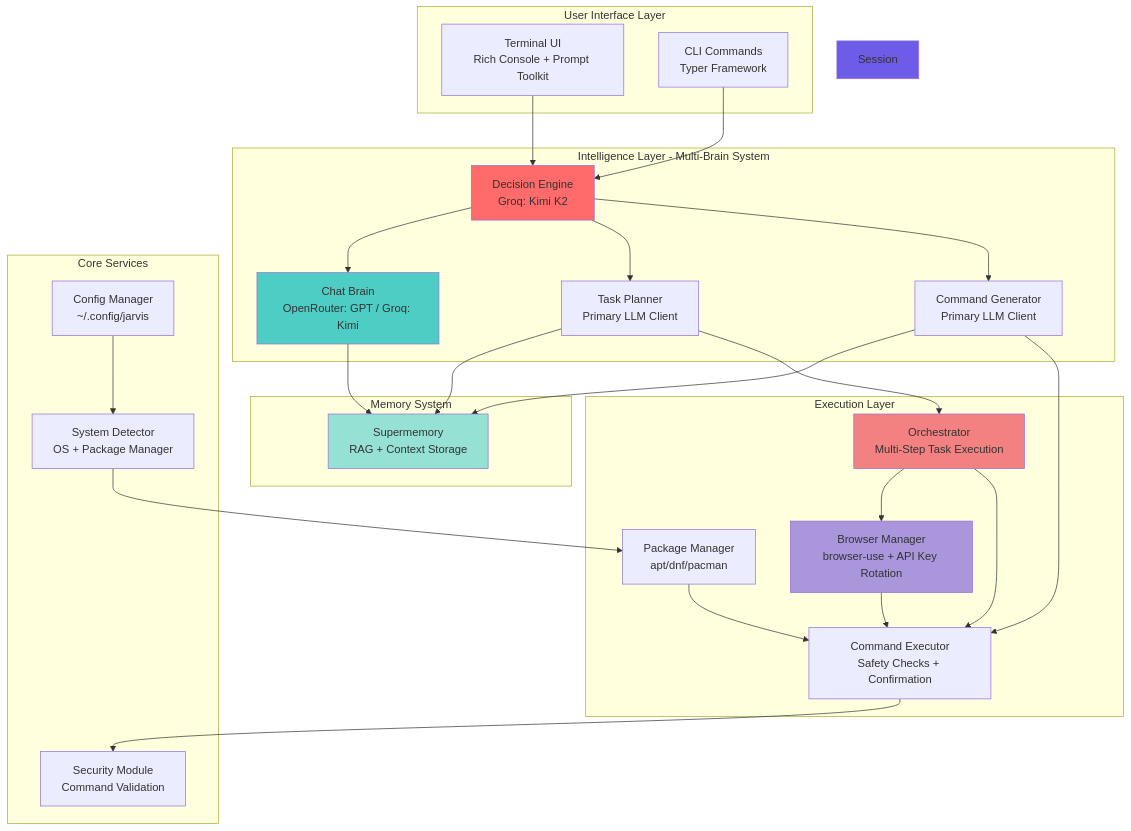
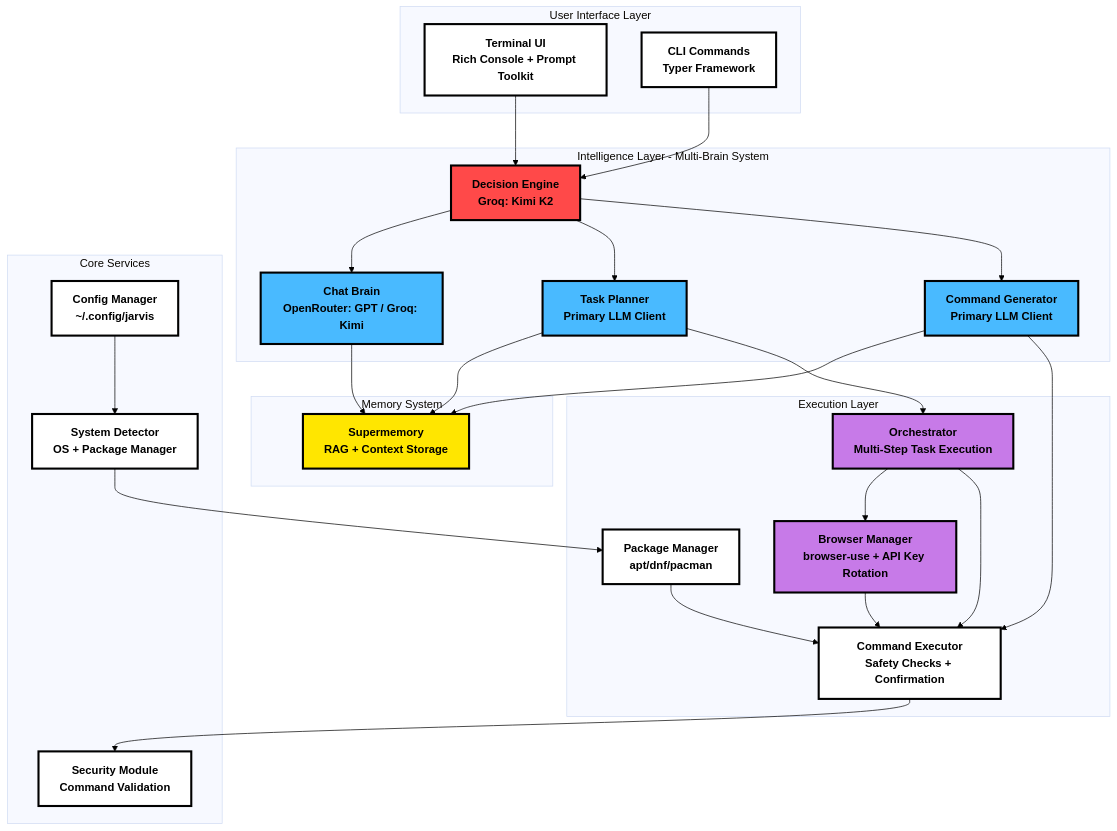
The first of 6 diagrams in README.md (Garvit1000/nexus), drawn with Mermaid before and after one commit. The commit also changed other lines of this file and 3 other files, not shown here.

````diff
--- a/README.md
+++ b/README.md
@@ -18,61 +18,61 @@
 ```mermaid
+%%{init: {"theme": "base", "themeVariables": {"fontFamily": "monospace", "lineColor": "#000"}}}%%
 graph TB
+    classDef default fill:#fff,stroke:#000,stroke-width:3px,color:#000,font-weight:bold;
+    classDef highlight fill:#ffe600,stroke:#000,stroke-width:3px,color:#000,font-weight:bold;
+    classDef secondary fill:#ff4949,stroke:#000,stroke-width:3px,color:#000,font-weight:bold;
+    classDef tertiary fill:#49baff,stroke:#000,stroke-width:3px,color:#000,font-weight:bold;
+    classDef purple fill:#c77ae8,stroke:#000,stroke-width:3px,color:#000,font-weight:bold;
     subgraph "User Interface Layer"
         TUI[Terminal UI<br/>Rich Console + Prompt Toolkit]
         CLI[CLI Commands<br/>Typer Framework]
     end
-    
+
     subgraph "Intelligence Layer - Multi-Brain System"
-        Router[Decision Engine<br/>Groq: Kimi K2]
-        Chat[Chat Brain<br/>OpenRouter: GPT / Groq: Kimi]
-        Planner[Task Planner<br/>Primary LLM Client]
-        CmdGen[Command Generator<br/>Primary LLM Client]
+        Router[Decision Engine<br/>Groq: Kimi K2]:::secondary
+        Chat[Chat Brain<br/>OpenRouter: GPT / Groq: Kimi]:::tertiary
+        Planner[Task Planner<br/>Primary LLM Client]:::tertiary
+        CmdGen[Command Generator<br/>Primary LLM Client]:::tertiary
     end
-    
+
     subgraph "Memory System"
-        Memory[Supermemory<br/>RAG + Context Storage]
+        Memory[Supermemory<br/>RAG + Context Storage]:::highlight
     end
-    
+
     subgraph "Execution Layer"
-        Orchestrator[Orchestrator<br/>Multi-Step Task Execution]
+        Orchestrator[Orchestrator<br/>Multi-Step Task Execution]:::purple
         Executor[Command Executor<br/>Safety Checks + Confirmation]
-        Browser[Browser Manager<br/>browser-use + API Key Rotation]
+        Browser[Browser Manager<br/>browser-use + API Key Rotation]:::purple
         Package[Package Manager<br/>apt/dnf/pacman]
     end
-    
+
     subgraph "Core Services"
         Config[Config Manager<br/>~/.config/jarvis]
         System[System Detector<br/>OS + Package Manager]
         Security[Security Module<br/>Command Validation]
     end
-    
+
     TUI --> Router
     CLI --> Router
     Router --> Chat
     Router --> Planner
     Router --> CmdGen
-    
+
     Chat --> Memory
     Planner --> Memory
     CmdGen --> Memory
-    
+
     Planner --> Orchestrator
     CmdGen --> Executor
-    
+
     Orchestrator --> Browser
     Orchestrator --> Executor
-    
+
     Executor --> Security
     Browser --> Executor
     Package --> Executor
-    
+
     Config --> System
     System --> Package
-    
-    style Router fill:#ff6b6b
-    style Chat fill:#4ecdc4
-    style Memory fill:#95e1d3
-    style Orchestrator fill:#f38181
-    style Browser fill:#aa96da
-    style Session fill:#6c5ce7
+
 ```
````
